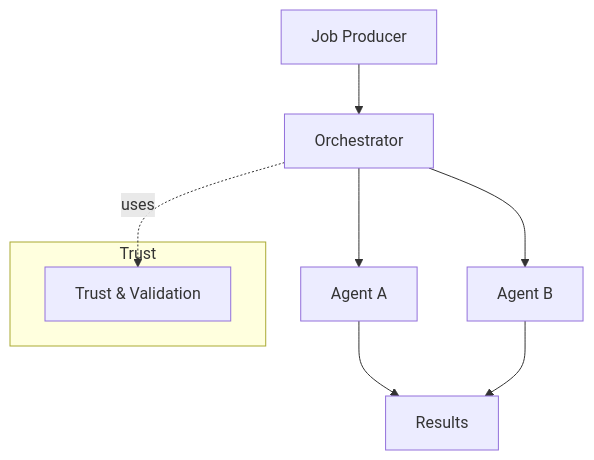
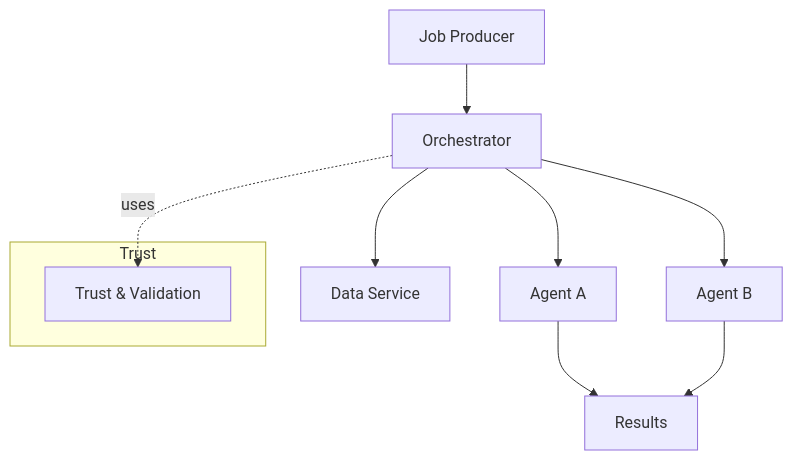
One commit to Free-LLM/free-llm.github.io changed the diagram in architecture.md. Above: the diagram before and after it, drawn with Mermaid. The commit also changed other lines of this file and 10 other files, not shown here.

````diff
--- a/architecture.md
+++ b/architecture.md
@@ -52,12 +52,13 @@
 ```mermaid
 flowchart TD
   JP[Job Producer] --> OR[Orchestrator]
   OR --> A[Agent A]
   OR --> B[Agent B]
   A --> R[Results]
   B --> R
+  OR --> DS[Data Service]
   subgraph Trust
     T[Trust & Validation]
   end
   OR -. uses .-> T
 ```
````
